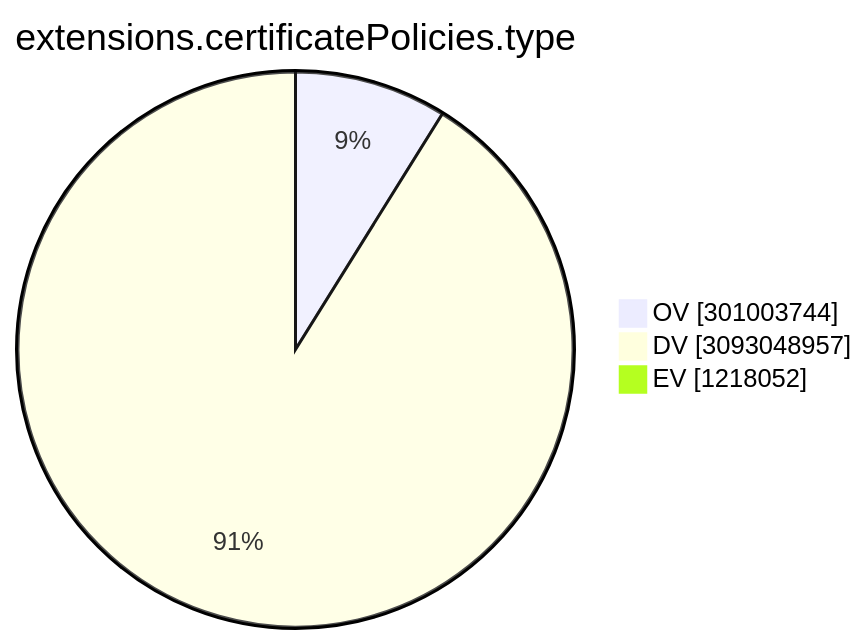
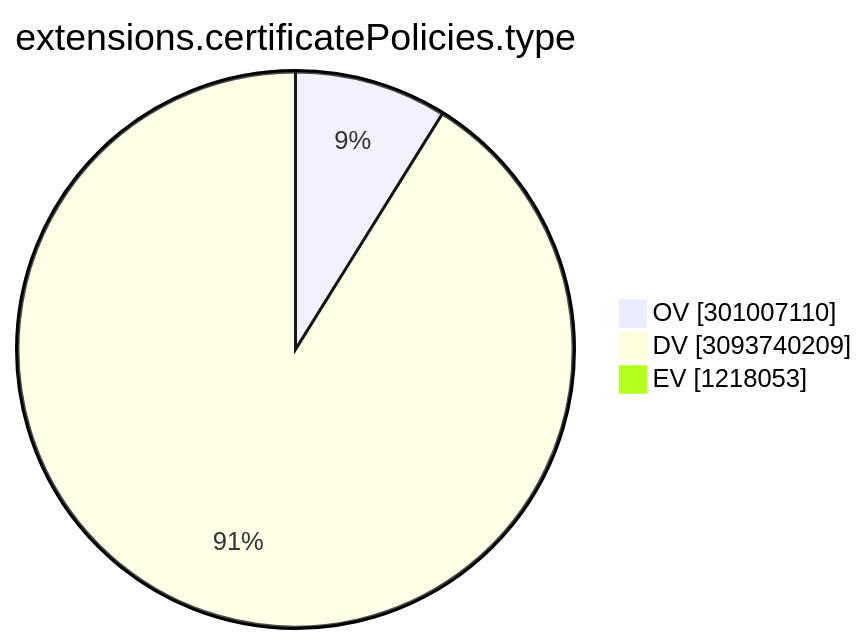
One commit to christiankrug/ctmonitor_visualization changed the ninth of 15 diagrams in TOTAL/README.md. Above: the diagram before and after it, drawn with Mermaid. The commit also changed other lines of this file, not shown here.

````diff
--- a/TOTAL/README.md
+++ b/TOTAL/README.md
@@ -3103,7 +3103,7 @@
 ```mermaid
 pie showData
 title extensions.certificatePolicies.type
-"OV" :301003744
-"DV" :3093048957
-"EV" :1218052
+"OV" :301007110
+"DV" :3093740209
+"EV" :1218053
 ```
````
